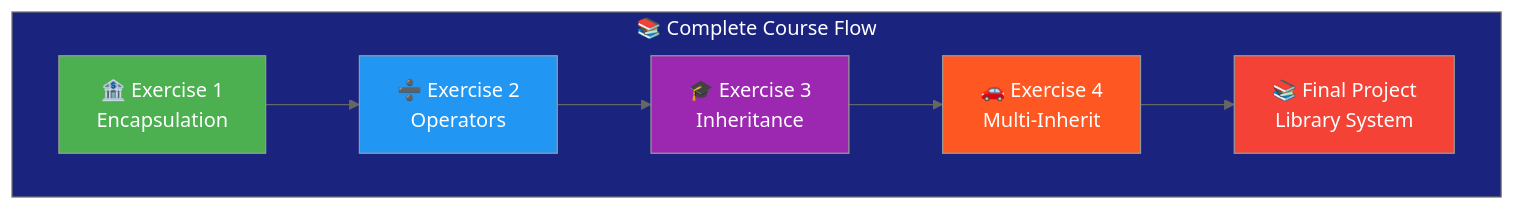
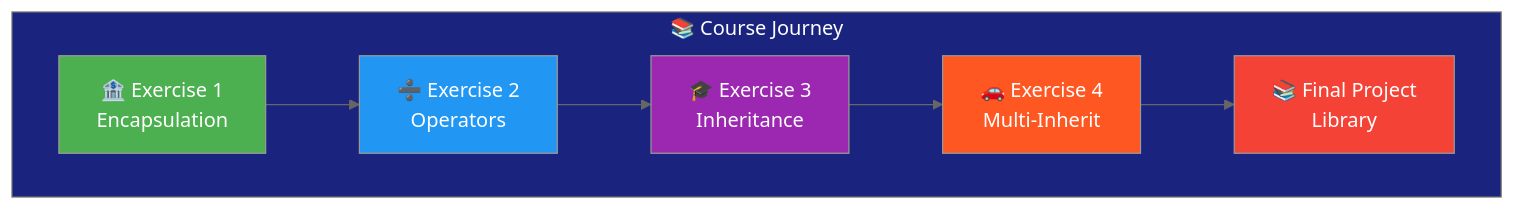
The second of 21 diagrams in README.md (Lagmouchyoussef/Python-Practical-Works), drawn with Mermaid (neutral theme) before and after one commit. The commit also changed other lines of this file, not shown here.

````diff
--- a/README.md
+++ b/README.md
@@ -89,17 +85,17 @@
 ```mermaid
 flowchart TB
-    subgraph Course[📚 Complete Course Flow]
+    subgraph Course[📚 Course Journey]
         direction LR
         E1[🏦 Exercise 1<br/>Encapsulation] --> E2[➗ Exercise 2<br/>Operators]
         E2 --> E3[🎓 Exercise 3<br/>Inheritance]
         E3 --> E4[🚗 Exercise 4<br/>Multi-Inherit]
-        E4 --> EP[📚 Final Project<br/>Library System]
+        E4 --> EP[📚 Final Project<br/>Library]
     end
     
     style Course fill:#1a237e,color:#fff
     style E1 fill:#4caf50,color:#fff
     style E2 fill:#2196f3,color:#fff
     style E3 fill:#9c27b0,color:#fff
     style E4 fill:#ff5722,color:#fff
     style EP fill:#f44336,color:#fff
 ```
````
